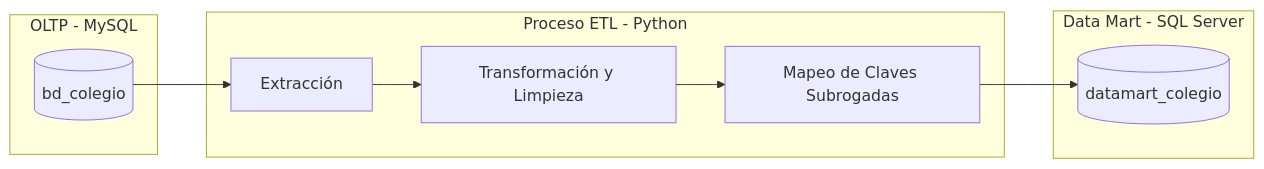
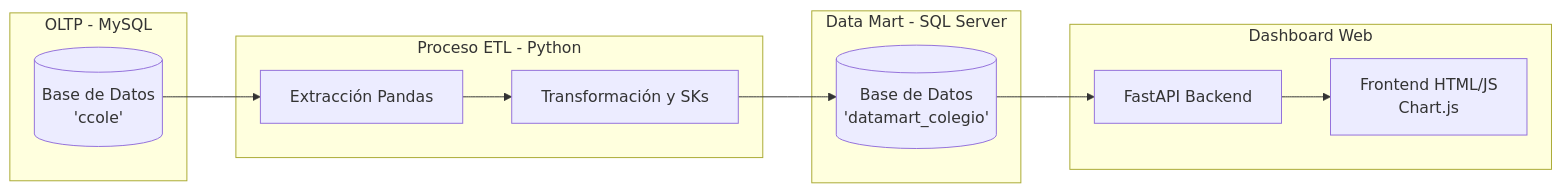
One commit to front-ander/Datamart_colegio changed the diagram in README.md. Above: the diagram before and after it, drawn with Mermaid. The commit also changed other lines of this file and 10 other files, not shown here.

````diff
--- a/README.md
+++ b/README.md
@@ -11,18 +11,22 @@
 ```mermaid
 graph LR
-    subgraph Origen_Transaccional [OLTP - MySQL]
-        A[(bd_colegio)]
+    subgraph Origen [OLTP - MySQL]
+        A[(Base de Datos\n'ccole')]
     end
     
-    subgraph Pipeline_Integracion [Proceso ETL - Python]
-        B[Extracción] --> C[Transformación y Limpieza]
-        C --> D[Mapeo de Claves Subrogadas]
+    subgraph Pipeline [Proceso ETL - Python]
+        B[Extracción Pandas] --> C[Transformación y SKs]
     end
     
-    subgraph Destino_Analitico [Data Mart - SQL Server]
-        E[(datamart_colegio)]
+    subgraph Destino [Data Mart - SQL Server]
+        E[(Base de Datos\n'datamart_colegio')]
+    end
+    
+    subgraph Presentación [Dashboard Web]
+        F[FastAPI Backend] --> G[Frontend HTML/JS\nChart.js]
     end
 
     A --> B
-    D --> E
+    C --> E
+    E --> F
 ```
````
